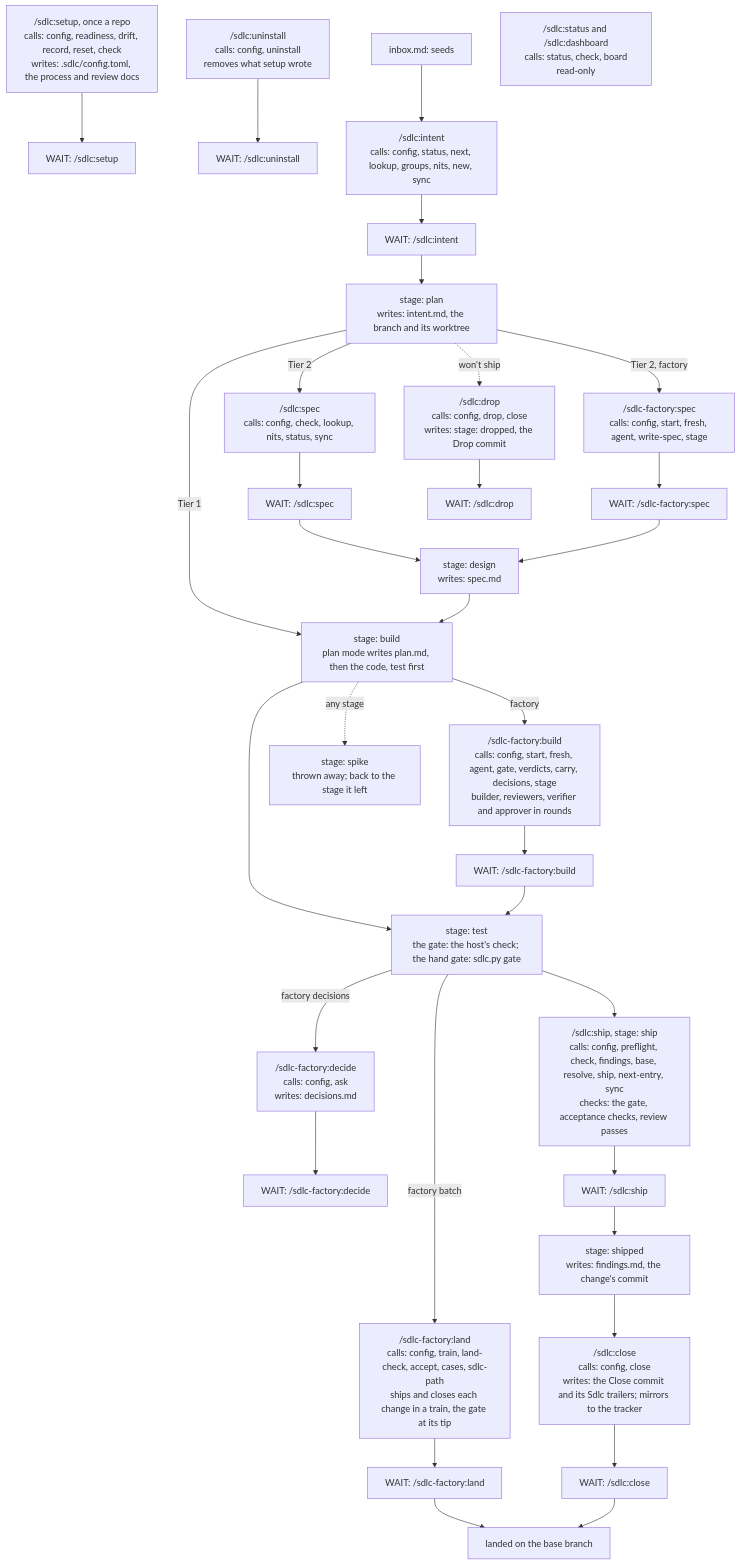
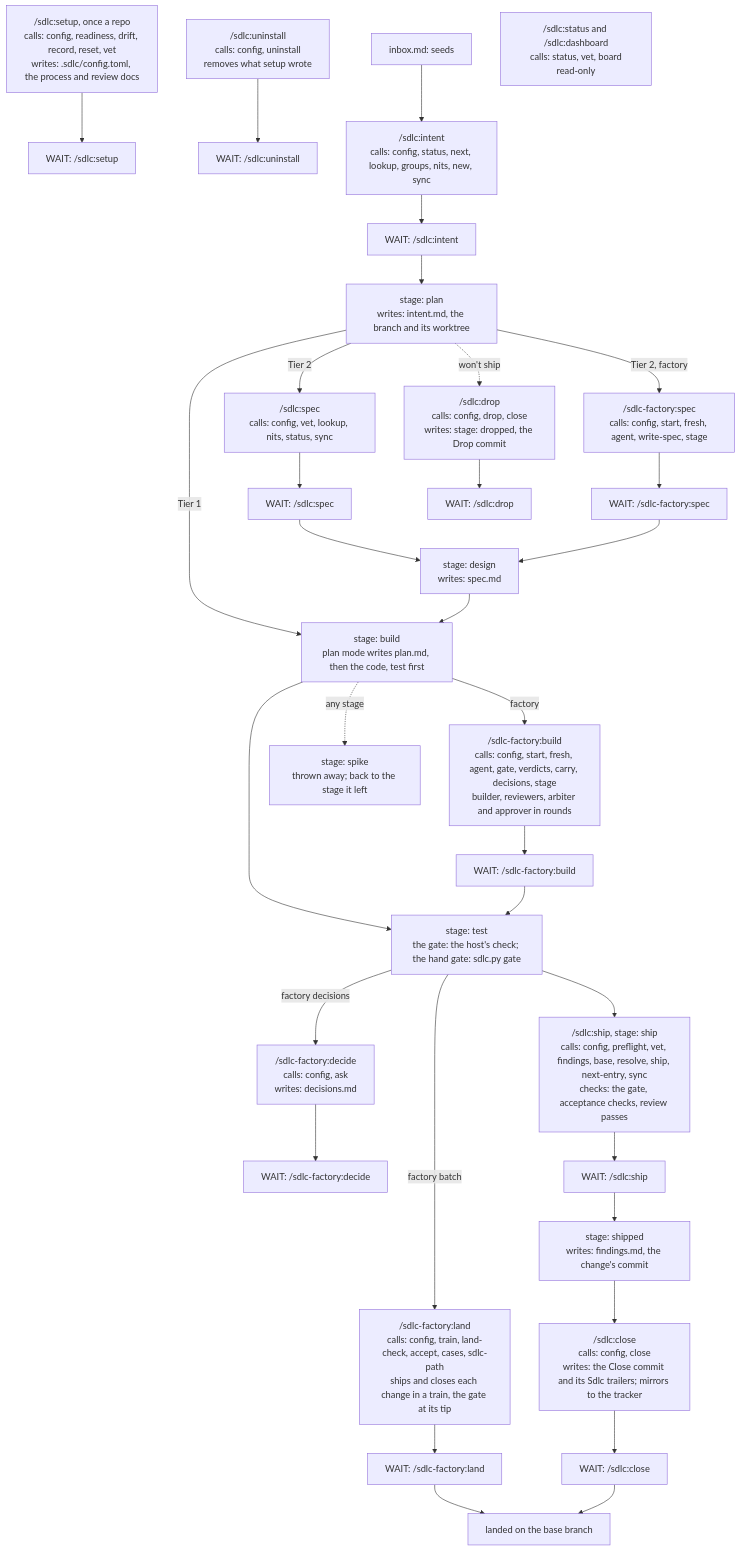
One commit to faeldon/sdlc changed the first of 3 diagrams in docs/PROCESS.md. Above: the diagram before and after it, drawn with Mermaid. The commit also changed other lines of this file and 122 other files, not shown here.

First line of the commit message:
One meaning per word, and sdlc.py check becomes sdlc.py vet

````diff
--- a/docs/PROCESS.md
+++ b/docs/PROCESS.md
@@ -17,37 +17,37 @@
 ```mermaid
 flowchart TD
-  setup["/sdlc:setup, once a repo<br/>calls: config, readiness, drift, record, reset, check<br/>writes: .sdlc/config.toml, the process and review docs"]
+  setup["/sdlc:setup, once a repo<br/>calls: config, readiness, drift, record, reset, vet<br/>writes: .sdlc/config.toml, the process and review docs"]
   setup --> wsetup["WAIT: /sdlc:setup"]
   uninstall["/sdlc:uninstall<br/>calls: config, uninstall<br/>removes what setup wrote"] --> wuninstall["WAIT: /sdlc:uninstall"]
   seeds["inbox.md: seeds"] --> intent
   intent["/sdlc:intent<br/>calls: config, status, next, lookup, groups, nits, new, sync"]
   intent --> wintent["WAIT: /sdlc:intent"]
   wintent --> plan["stage: plan<br/>writes: intent.md, the branch and its worktree"]
-  plan -->|Tier 2| spec["/sdlc:spec<br/>calls: config, check, lookup, nits, status, sync"]
+  plan -->|Tier 2| spec["/sdlc:spec<br/>calls: config, vet, lookup, nits, status, sync"]
   plan -->|Tier 2, factory| fspec["/sdlc-factory:spec<br/>calls: config, start, fresh, agent, write-spec, stage"]
   spec --> wspec["WAIT: /sdlc:spec"]
   fspec --> wfspec["WAIT: /sdlc-factory:spec"]
   wspec --> design["stage: design<br/>writes: spec.md"]
   wfspec --> design
   plan -->|Tier 1| build
   design --> build["stage: build<br/>plan mode writes plan.md, then the code, test first"]
-  build -->|factory| fbuild["/sdlc-factory:build<br/>calls: config, start, fresh, agent, gate, verdicts, carry, decisions, stage<br/>builder, reviewers, verifier and approver in rounds"]
+  build -->|factory| fbuild["/sdlc-factory:build<br/>calls: config, start, fresh, agent, gate, verdicts, carry, decisions, stage<br/>builder, reviewers, arbiter and approver in rounds"]
   fbuild --> wfbuild["WAIT: /sdlc-factory:build"]
   build -.->|any stage| spike["stage: spike<br/>thrown away; back to the stage it left"]
   build --> test["stage: test<br/>the gate: the host's check; the hand gate: sdlc.py gate"]
   wfbuild --> test
   test -->|factory decisions| decide["/sdlc-factory:decide<br/>calls: config, ask<br/>writes: decisions.md"]
   decide --> wdecide["WAIT: /sdlc-factory:decide"]
-  test --> ship["/sdlc:ship, stage: ship<br/>calls: config, preflight, check, findings, base, resolve, ship, next-entry, sync<br/>checks: the gate, acceptance checks, review passes"]
+  test --> ship["/sdlc:ship, stage: ship<br/>calls: config, preflight, vet, findings, base, resolve, ship, next-entry, sync<br/>checks: the gate, acceptance checks, review passes"]
   ship --> wship["WAIT: /sdlc:ship"]
   wship --> shipped["stage: shipped<br/>writes: findings.md, the change's commit"]
   test -->|factory batch| land["/sdlc-factory:land<br/>calls: config, train, land-check, accept, cases, sdlc-path<br/>ships and closes each change in a train, the gate at its tip"]
   land --> wland["WAIT: /sdlc-factory:land"]
   shipped --> close["/sdlc:close<br/>calls: config, close<br/>writes: the Close commit and its Sdlc trailers; mirrors to the tracker"]
   close --> wclose["WAIT: /sdlc:close"]
   wland --> landed["landed on the base branch"]
   wclose --> landed
   plan -.->|won't ship| drop["/sdlc:drop<br/>calls: config, drop, close<br/>writes: stage: dropped, the Drop commit"]
   drop --> wdrop["WAIT: /sdlc:drop"]
-  status["/sdlc:status and /sdlc:dashboard<br/>calls: status, check, board<br/>read-only"]
+  status["/sdlc:status and /sdlc:dashboard<br/>calls: status, vet, board<br/>read-only"]
 ```
````
